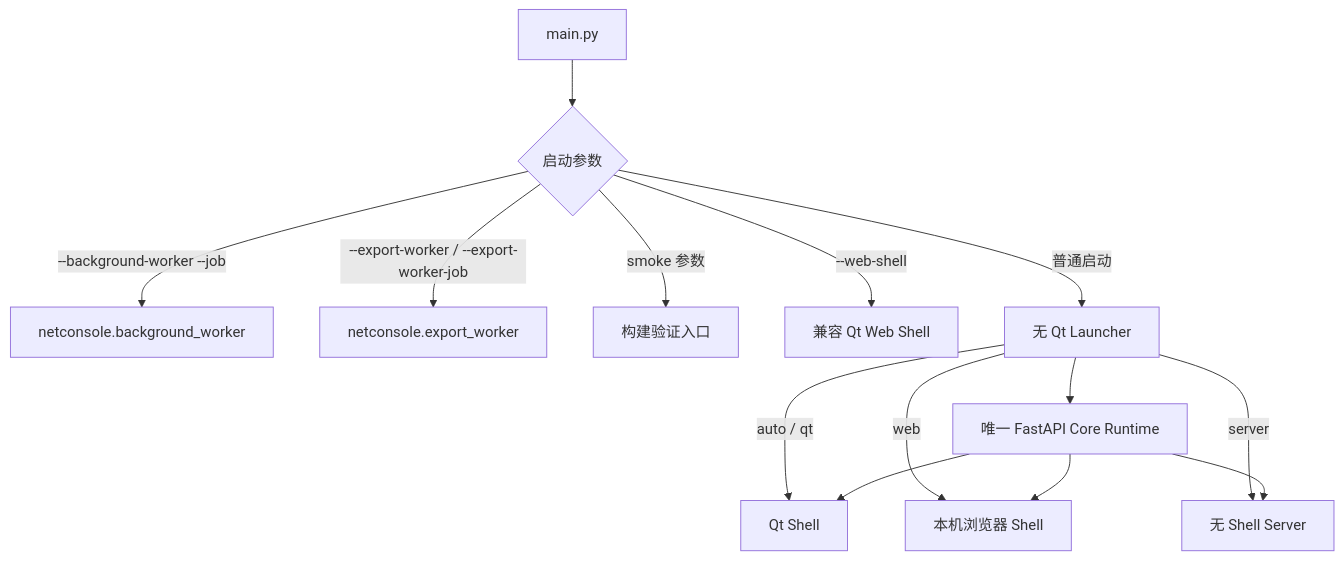
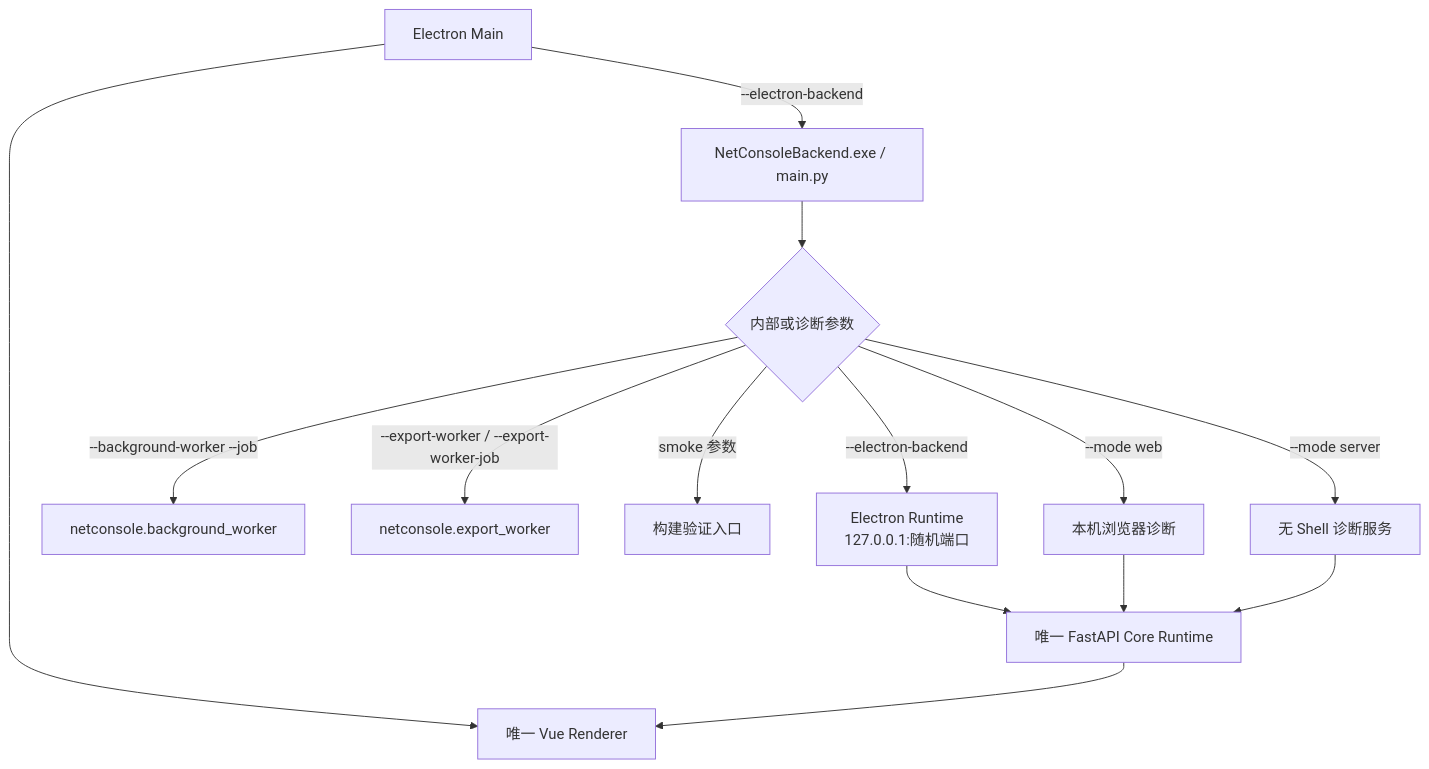
Before and after one commit to wxj183589/NetConsole: the first of 6 diagrams in docs/ARCHITECTURE.md, drawn with Mermaid. The commit also changed other lines of this file and 19 other files, not shown here.

````diff
--- a/docs/ARCHITECTURE.md
+++ b/docs/ARCHITECTURE.md
@@ -11,16 +11,16 @@
 ```mermaid
 flowchart TD
-    MAIN["main.py"] --> MODE{"启动参数"}
+    ELECTRON["Electron Main"] --> VUE["唯一 Vue Renderer"]
+    ELECTRON -->|"--electron-backend"| MAIN["NetConsoleBackend.exe / main.py"]
+    MAIN --> MODE{"内部或诊断参数"}
+    MODE -->|"--electron-backend"| EBACKEND["Electron Runtime\n127.0.0.1:随机端口"]
     MODE -->|"--background-worker --job"| BJ["netconsole.background_worker"]
     MODE -->|"--export-worker / --export-worker-job"| EW["netconsole.export_worker"]
     MODE -->|"smoke 参数"| SMOKE["构建验证入口"]
-    MODE -->|"--web-shell"| LEGACY["兼容 Qt Web Shell"]
-    MODE -->|"普通启动"| LAUNCHER["无 Qt Launcher"]
-    LAUNCHER --> CORE["唯一 FastAPI Core Runtime"]
-    LAUNCHER -->|"auto / qt"| QT["Qt Shell"]
-    LAUNCHER -->|"web"| BROWSER["本机浏览器 Shell"]
-    LAUNCHER -->|"server"| NONE["无 Shell Server"]
-    CORE --> QT
-    CORE --> BROWSER
-    CORE --> NONE
+    MODE -->|"--mode web"| BROWSER["本机浏览器诊断"]
+    MODE -->|"--mode server"| SERVER["无 Shell 诊断服务"]
+    EBACKEND --> CORE["唯一 FastAPI Core Runtime"]
+    BROWSER --> CORE
+    SERVER --> CORE
+    CORE --> VUE
 ```
````
